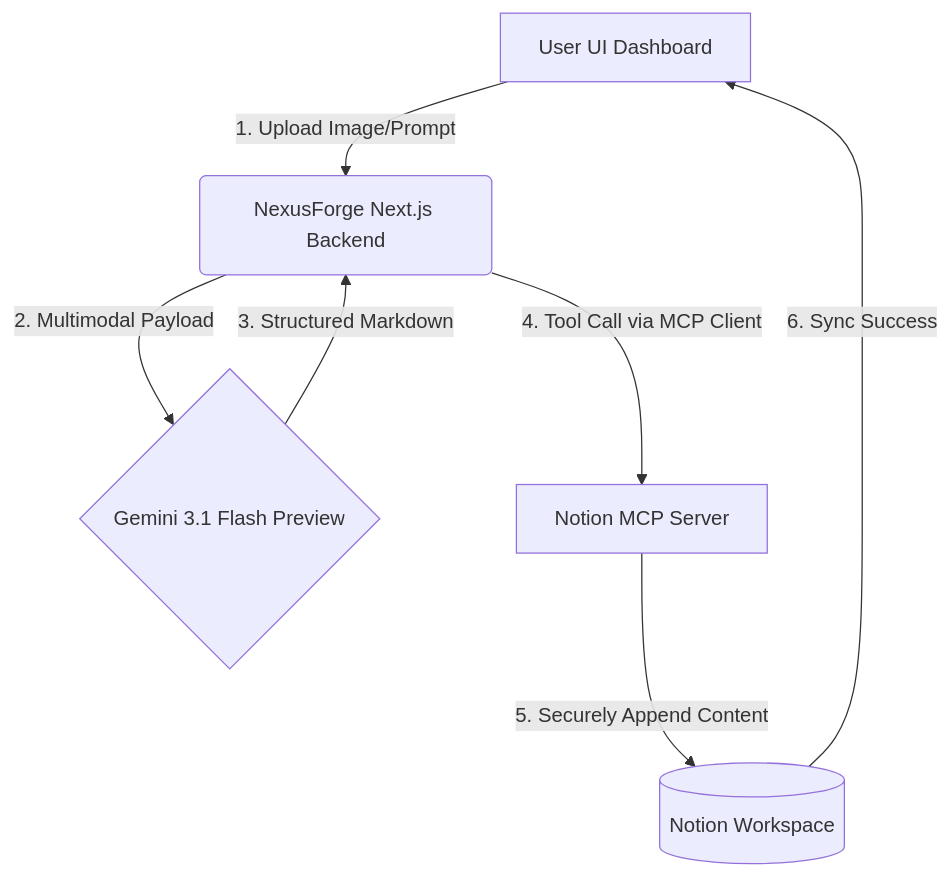
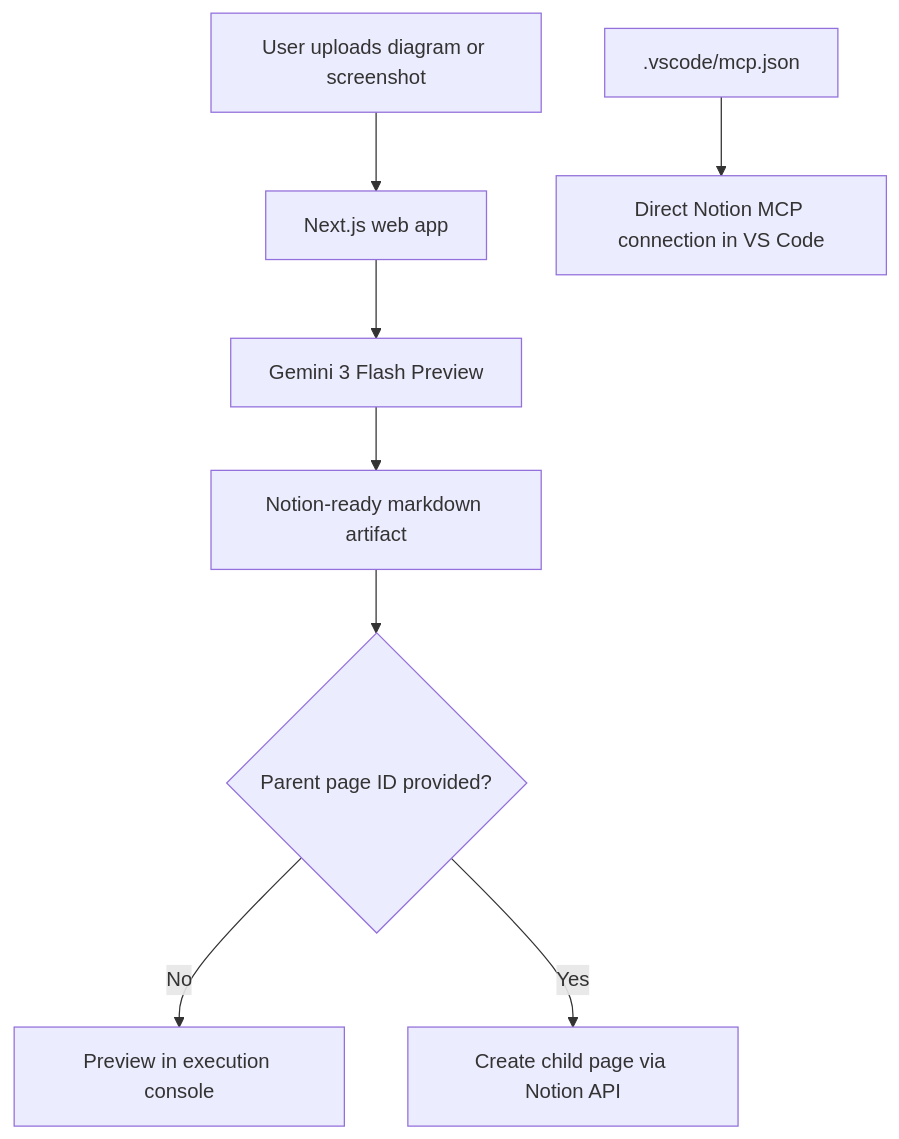
Before and after one commit to aniruddhaadak80/nexus-forge: the diagram in README.md, drawn with Mermaid. The commit also changed other lines of this file and 15 other files, not shown here.

Commit message:
feat: finalize NexusForge multimodal Notion workflow

````diff
--- a/README.md
+++ b/README.md
@@ -22,9 +32,10 @@
 ```mermaid
 graph TD
-    A[User UI Dashboard] -->|1. Upload Image/Prompt| B(NexusForge Next.js Backend)
-    B -->|2. Multimodal Payload| C{Gemini 3.1 Flash Preview}
-    C -->|3. Structured Markdown| B
-    B -->|4. Tool Call via MCP Client| D[Notion MCP Server]
-    D -->|5. Securely Append Content| E[(Notion Workspace)]
-    E -->|6. Sync Success| A
+    A[User uploads diagram or screenshot] --> B[Next.js web app]
+    B --> C[Gemini 3 Flash Preview]
+    C --> D[Notion-ready markdown artifact]
+    D --> E{Parent page ID provided?}
+    E -- No --> F[Preview in execution console]
+    E -- Yes --> G[Create child page via Notion API]
+    H[.vscode/mcp.json] --> I[Direct Notion MCP connection in VS Code]
 ```
````
